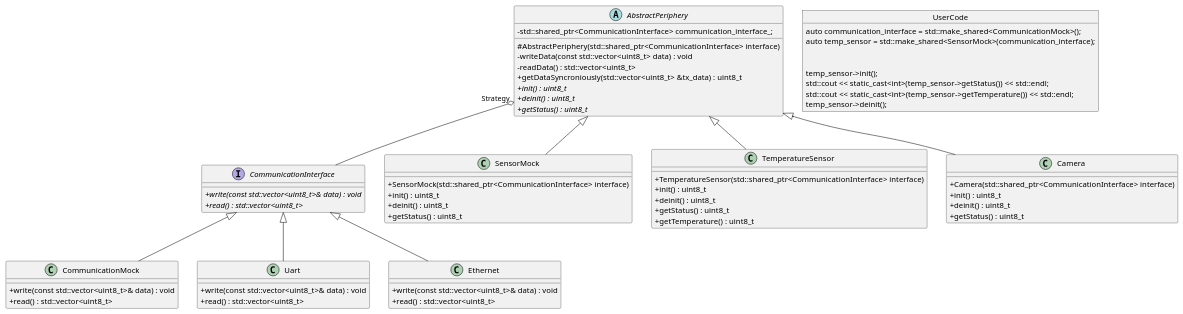
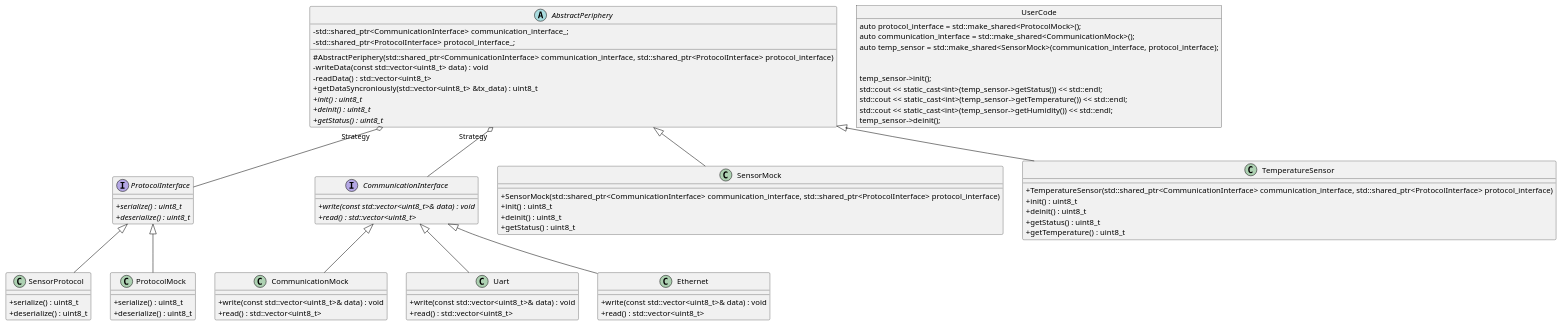
Before and after one commit to shalex88/periphery-manager: the diagram in docs/periphery-manager.puml, drawn with PlantUML. The commit also changed 10 other files, not shown here.

First line of the commit message:
Added TemperatureSensorProtocol for data serialization and deserialization

```diff
--- a/docs/periphery-manager.puml
+++ b/docs/periphery-manager.puml
@@ -1,80 +1,96 @@
 @startuml reg-manager
 'https://plantuml.com/class-diagram
 skinparam classAttributeIconSize 0
 
 'Classes
 abstract AbstractPeriphery {
-    #AbstractPeriphery(std::shared_ptr<CommunicationInterface> interface)
+    #AbstractPeriphery(std::shared_ptr<CommunicationInterface> communication_interface, std::shared_ptr<ProtocolInterface> protocol_interface)
     -std::shared_ptr<CommunicationInterface> communication_interface_;
+    -std::shared_ptr<ProtocolInterface> protocol_interface_;
     -writeData(const std::vector<uint8_t> data) : void
     -readData() : std::vector<uint8_t>
     +getDataSyncroniously(std::vector<uint8_t> &tx_data) : uint8_t
     +{abstract}init() : uint8_t
     +{abstract}deinit() : uint8_t
     +{abstract}getStatus() : uint8_t
 }
 
 class SensorMock {
-    +SensorMock(std::shared_ptr<CommunicationInterface> interface)
+    +SensorMock(std::shared_ptr<CommunicationInterface> communication_interface, std::shared_ptr<ProtocolInterface> protocol_interface)
     +init() : uint8_t
     +deinit() : uint8_t
     +getStatus() : uint8_t
 }
 
 class TemperatureSensor {
-    +TemperatureSensor(std::shared_ptr<CommunicationInterface> interface)
+    +TemperatureSensor(std::shared_ptr<CommunicationInterface> communication_interface, std::shared_ptr<ProtocolInterface> protocol_interface)
     +init() : uint8_t
     +deinit() : uint8_t
     +getStatus() : uint8_t
     +getTemperature() : uint8_t
-}
-
-class Camera {
-    +Camera(std::shared_ptr<CommunicationInterface> interface)
-    +init() : uint8_t
-    +deinit() : uint8_t
-    +getStatus() : uint8_t
 }
 
 interface CommunicationInterface {
     +{abstract} write(const std::vector<uint8_t>& data) : void
     +{abstract} read() : std::vector<uint8_t>
 }
 
 class CommunicationMock {
     +write(const std::vector<uint8_t>& data) : void
     +read() : std::vector<uint8_t>
 }
 
 class Uart {
     +write(const std::vector<uint8_t>& data) : void
     +read() : std::vector<uint8_t>
 }
 
 class Ethernet {
     +write(const std::vector<uint8_t>& data) : void
     +read() : std::vector<uint8_t>
 }
 
+interface ProtocolInterface {
+    +{abstract}serialize() : uint8_t
+    +{abstract}deserialize() : uint8_t
+}
+
+class SensorProtocol {
+    +serialize() : uint8_t
+    +deserialize() : uint8_t
+}
+
+class ProtocolMock {
+    +serialize() : uint8_t
+    +deserialize() : uint8_t
+}
+
 object UserCode {
+    auto protocol_interface = std::make_shared<ProtocolMock>();
     auto communication_interface = std::make_shared<CommunicationMock>();
-    auto temp_sensor = std::make_shared<SensorMock>(communication_interface);
+    auto temp_sensor = std::make_shared<SensorMock>(communication_interface, protocol_interface);
     \n
     temp_sensor->init();
     std::cout << static_cast<int>(temp_sensor->getStatus()) << std::endl;
     std::cout << static_cast<int>(temp_sensor->getTemperature()) << std::endl;
+    std::cout << static_cast<int>(temp_sensor->getHumidity()) << std::endl;
     temp_sensor->deinit();
 }
 
 'Relations
-SensorMock -up-|> AbstractPeriphery
-TemperatureSensor -up-|> AbstractPeriphery
-Camera -up-|> AbstractPeriphery
-AbstractPeriphery "Strategy" o-- CommunicationInterface
 CommunicationMock -up-|> CommunicationInterface
 Uart -up-|> CommunicationInterface
 Ethernet -up-|> CommunicationInterface
 
+SensorProtocol -up-|> ProtocolInterface
+ProtocolMock -up-|> ProtocolInterface
+
+AbstractPeriphery "Strategy" o-- CommunicationInterface
+AbstractPeriphery "Strategy" o-- ProtocolInterface
+
+SensorMock -up-|> AbstractPeriphery
+TemperatureSensor -up-|> AbstractPeriphery
+
 'Notes
 
 @enduml
```
